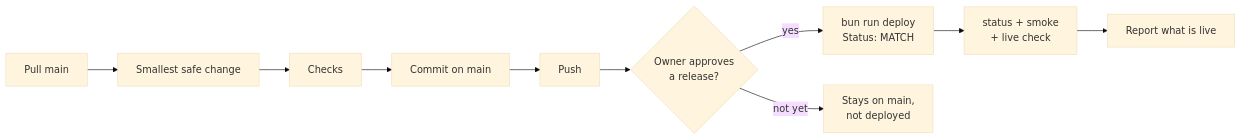
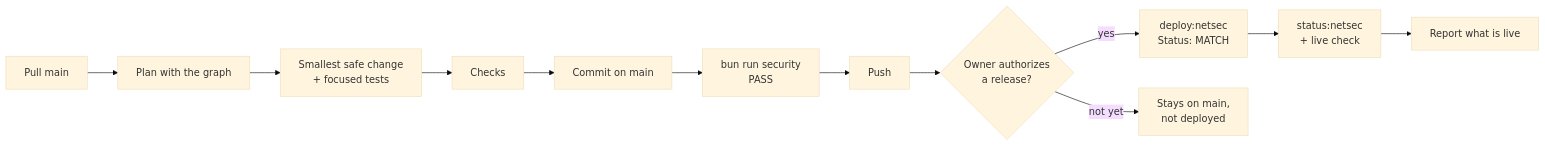
Before and after one commit to rockyNH703/AI-Tutor-NH: the diagram in CONTRIBUTING.md, drawn with Mermaid (base theme). The commit also changed other lines of this file and 29 other files, not shown here.

````diff
--- a/CONTRIBUTING.md
+++ b/CONTRIBUTING.md
@@ -22,7 +18,8 @@
 ```mermaid
 flowchart LR
-  A[Pull main] --> B[Smallest safe change] --> C[Checks] --> D[Commit on main] --> E[Push]
-  E --> F{Owner approves<br/>a release?}
-  F -->|yes| G[bun run deploy<br/>Status: MATCH] --> H[status + smoke<br/>+ live check] --> I[Report what is live]
-  F -->|not yet| J[Stays on main,<br/>not deployed]
+  A[Pull main] --> B[Plan with the graph] --> C[Smallest safe change<br/>+ focused tests] --> D[Checks] --> E[Commit on main]
+  E --> F[bun run security<br/>PASS] --> G[Push]
+  G --> H{Owner authorizes<br/>a release?}
+  H -->|yes| I[deploy:netsec<br/>Status: MATCH] --> J[status:netsec<br/>+ live check] --> K[Report what is live]
+  H -->|not yet| L[Stays on main,<br/>not deployed]
 ```
````
